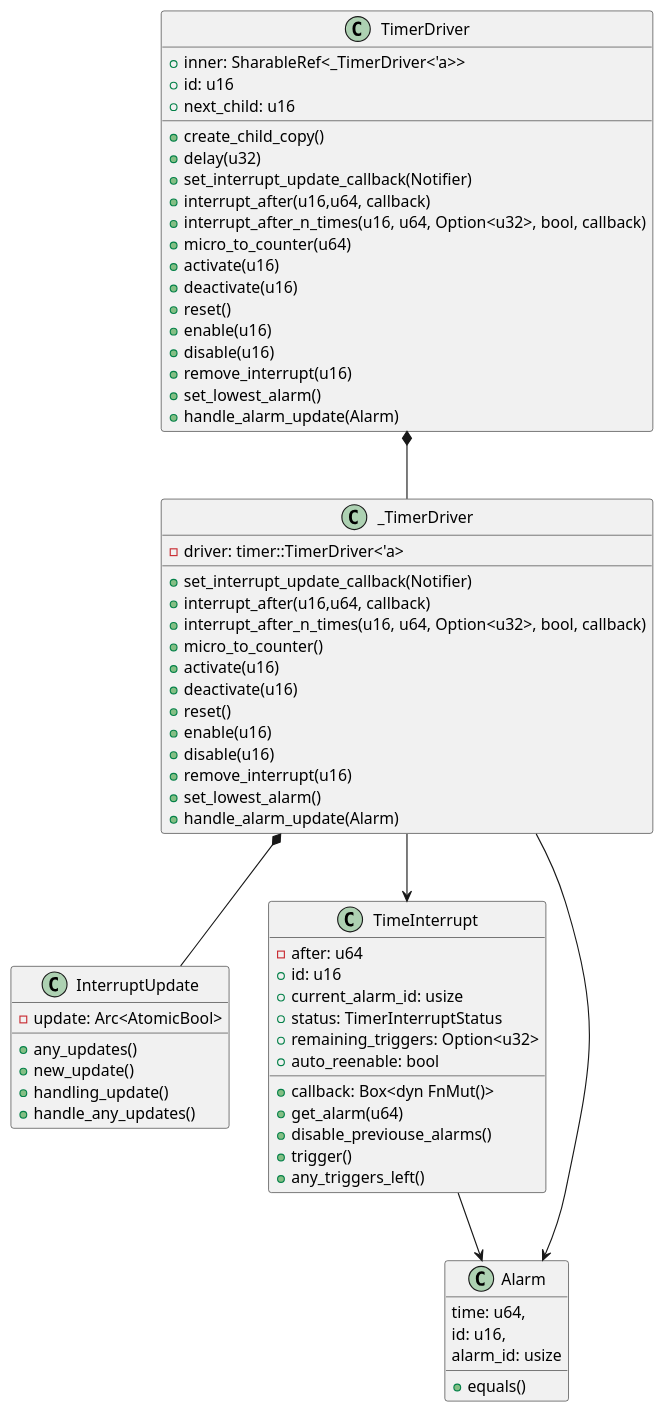
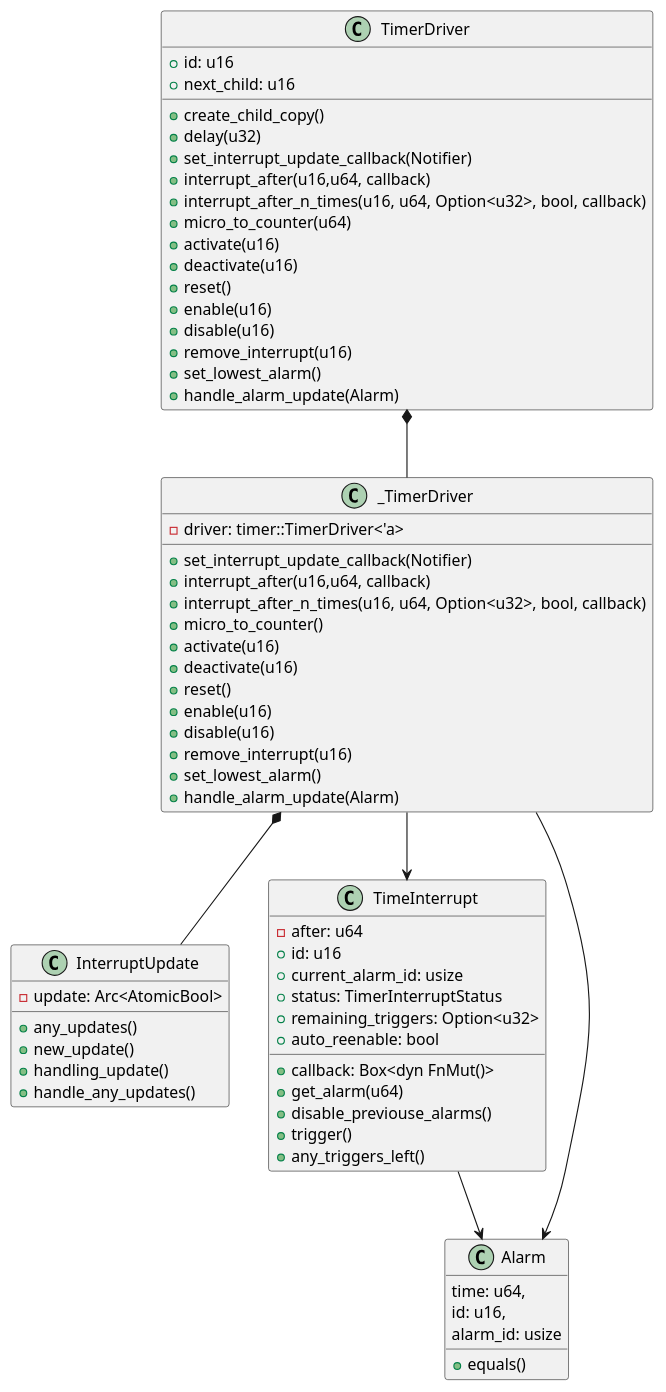
One commit to esp32framework/esp32framework changed the diagram in diagrams/timer-driver.puml. Above: the diagram before and after it, drawn with PlantUML. The commit also changed 4 other files, not shown here.

```diff
--- a/diagrams/timer-driver.puml
+++ b/diagrams/timer-driver.puml
@@ -1,75 +1,74 @@
 @startuml Timer Driver
 
 class TimerDriver{
-    +inner: SharableRef<_TimerDriver<'a>>
     +id: u16
     +next_child: u16
     +create_child_copy()
     +delay(u32)
     +set_interrupt_update_callback(Notifier)
     +interrupt_after(u16,u64, callback)
     +interrupt_after_n_times(u16, u64, Option<u32>, bool, callback)
     +micro_to_counter(u64)
     +activate(u16)
     +deactivate(u16)
     +reset()
     +enable(u16)
     +disable(u16)
     +remove_interrupt(u16)
     +set_lowest_alarm()
     +handle_alarm_update(Alarm)
 }
 
 class _TimerDriver{
     -driver: timer::TimerDriver<'a>
     +set_interrupt_update_callback(Notifier)
     +interrupt_after(u16,u64, callback)
     +interrupt_after_n_times(u16, u64, Option<u32>, bool, callback)
     +micro_to_counter()
     +activate(u16)
     +deactivate(u16)
     +reset()
     +enable(u16)
     +disable(u16)
     +remove_interrupt(u16)
     +set_lowest_alarm()
     +handle_alarm_update(Alarm)
 }
 
 class InterruptUpdate{
     -update: Arc<AtomicBool>
     +any_updates()
     +new_update()
     +handling_update()
     +handle_any_updates()
 }
 
 class TimeInterrupt{
     -after: u64
     +id: u16
     +current_alarm_id: usize
     +status: TimerInterruptStatus
     +remaining_triggers: Option<u32>
     +auto_reenable: bool
     +callback: Box<dyn FnMut()>
     +get_alarm(u64)
     +disable_previouse_alarms()
     +trigger()
     +any_triggers_left()
 }
 
 class Alarm{
     time: u64,
     id: u16,
     alarm_id: usize
     +equals()
 }
 
 TimerDriver *-- _TimerDriver
 _TimerDriver *-- InterruptUpdate
 _TimerDriver --> TimeInterrupt
 _TimerDriver --> Alarm
 TimeInterrupt --> Alarm
 
 
 @enduml
```
